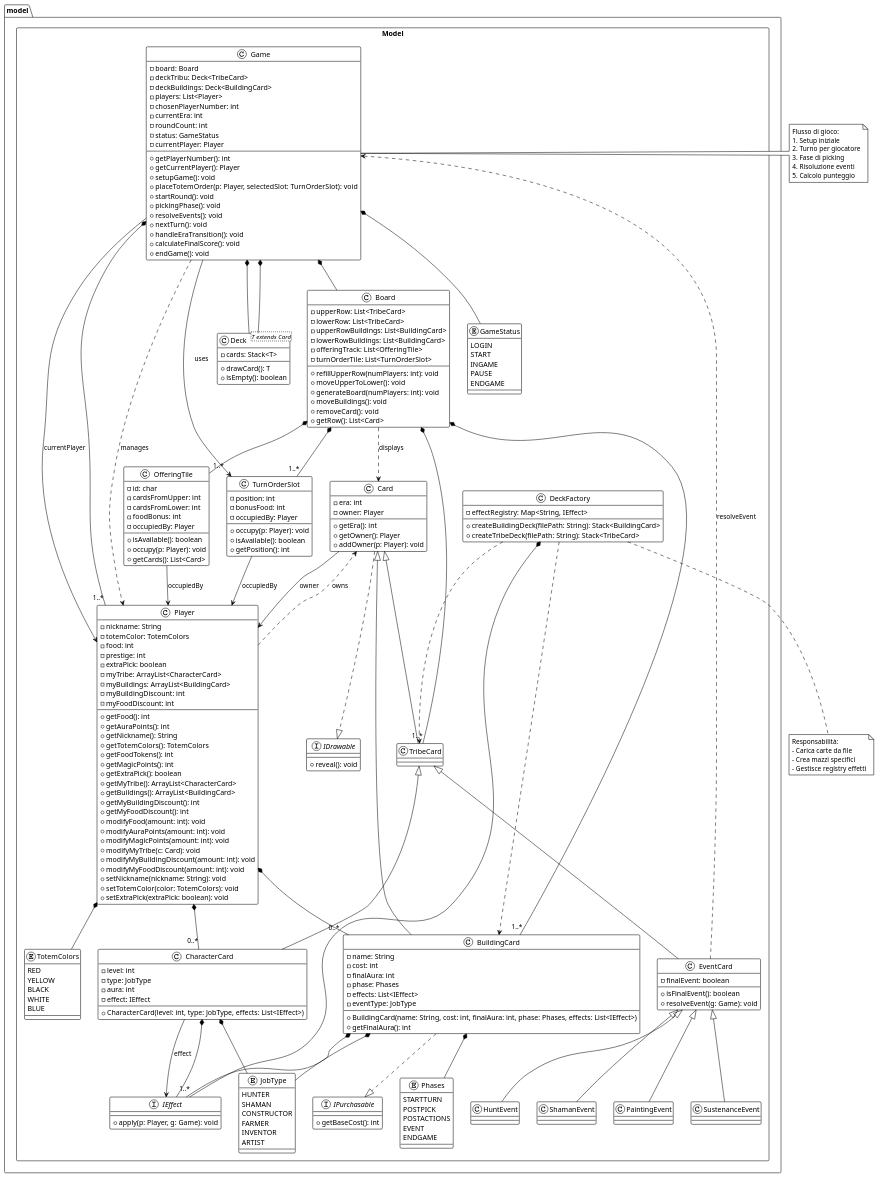
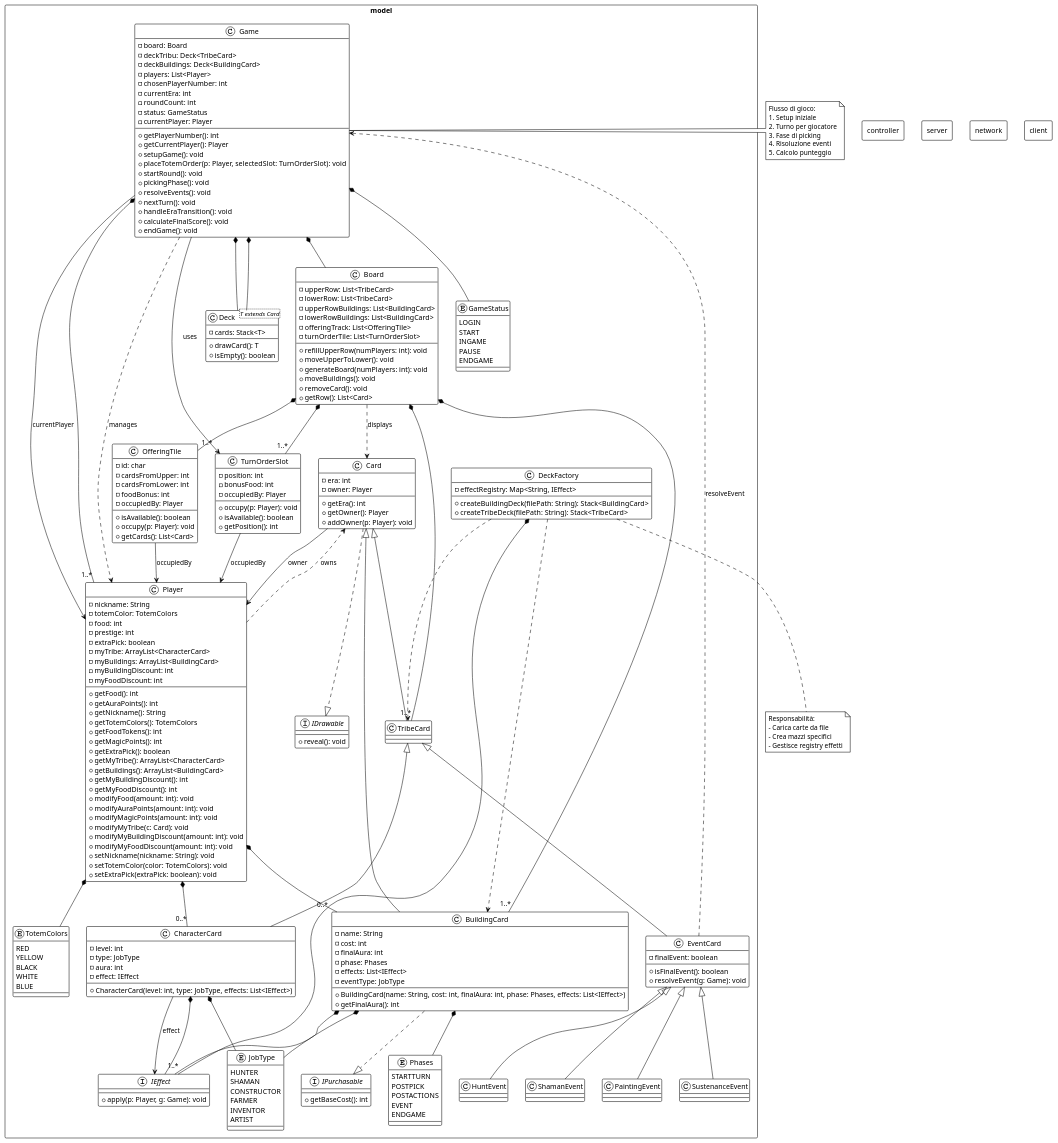
The diagram in model.puml (nutriandrea/MESOS-IS26-AM54), drawn with PlantUML before and after one commit. The commit also changed 3 other files, not shown here.

```diff
--- a/model.puml
+++ b/model.puml
@@ -1,7 +1,19 @@
 @startuml
 !theme plain
 
-package "model.Model" <<Rectangle>> {
+package "controller" <<Rectangle>> {
+}
+
+package "server" <<Rectangle>> {
+}
+
+package "network" <<Rectangle>> {
+}
+
+package "client" <<Rectangle>> {
+}
+
+package "model" <<Rectangle>> {
 
 class Game {
   - board: Board
```
